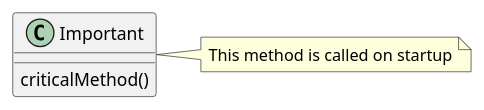
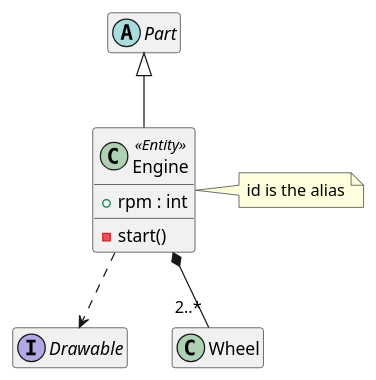
The eighth of 8 diagrams in containers/kr0ki-storyb00k-agent/skills/diagrams/plantuml/SKILL.md (PromptExecution/kr0ki), drawn with PlantUML before and after one commit. The commit also changed other lines of this file and 78 other files, not shown here.

First line of the commit message:
feat(agent): verified syntax skills for all 26 renderable formats; fix wrong PlantUML wrapper rule

````diff
--- a/containers/kr0ki-storyb00k-agent/skills/diagrams/plantuml/SKILL.md
+++ b/containers/kr0ki-storyb00k-agent/skills/diagrams/plantuml/SKILL.md
@@ -64,8 +141,15 @@
 ```plantuml
 @startuml
-class Important {
-  criticalMethod()
+hide empty members
+class "Engine" as e0002 <<Entity>> {
+  +rpm : int
+  -start()
 }
-Note right of Important: This method is called on startup
+abstract class "Part" as e0001
+interface Drawable
+e0001 <|-- e0002
+e0002 *-- "2..*" Wheel
+e0002 ..> Drawable
+note right of e0002 : id is the alias
 @enduml
 ```
````
